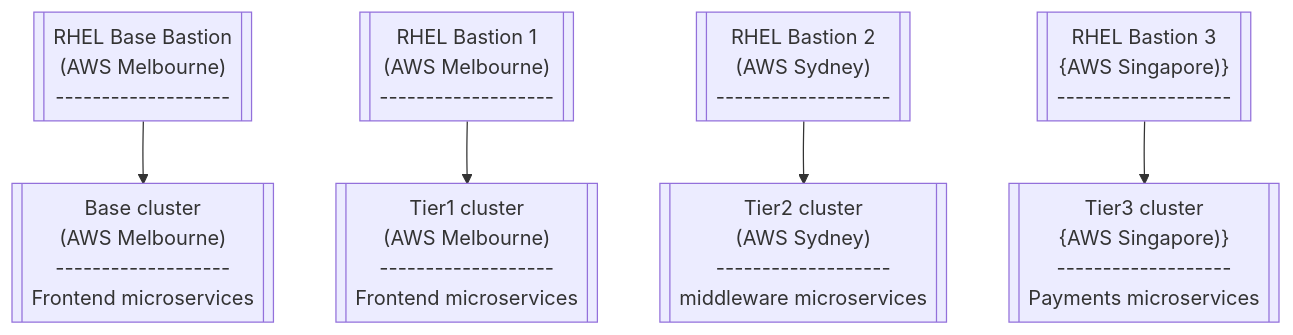
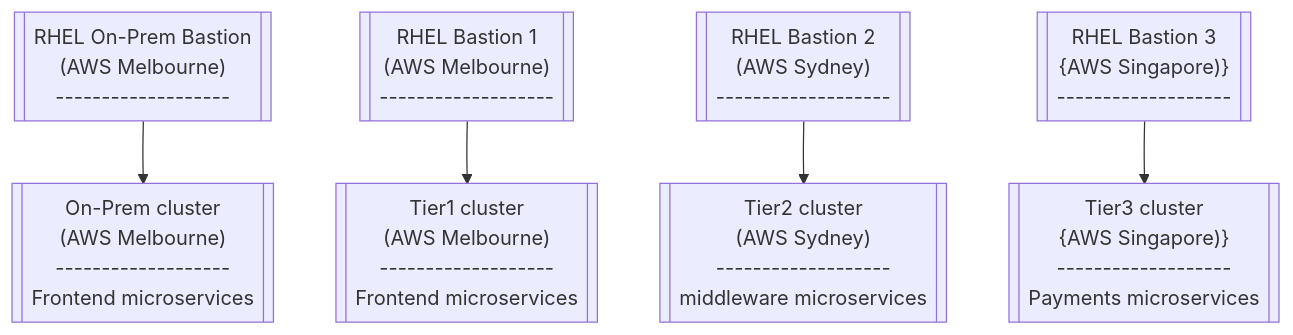
One commit to Multi-Cluster/RHSI-Hackathon changed the third of 3 diagrams in README.md. Above: the diagram before and after it, drawn with Mermaid. The commit also changed other lines of this file and 1 other file, not shown here.

````diff
--- a/README.md
+++ b/README.md
@@ -105,46 +74,46 @@
 ```mermaid  %%{init: {"flowchart": {"htmlLabels": false}} }%%
   flowchart
 
-      A[["Base cluster 
+      A[["On-Prem cluster 
       (AWS Melbourne)
         -------------------
         Frontend microservices"]]
 
       B[["Tier1 cluster 
       (AWS Melbourne)
         -------------------
         Frontend microservices"]]
 
       C[["Tier2 cluster  
       (AWS Sydney)
         -------------------
         middleware microservices"]]
 
       D[["Tier3 cluster  
       {AWS Singapore)}
         -------------------
         Payments microservices"]]
 
 
-      E[["RHEL Base Bastion 
+      E[["RHEL On-Prem Bastion 
       (AWS Melbourne)
         -------------------"]]
 
       F[["RHEL Bastion 1 
       (AWS Melbourne)
         -------------------"]]
 
       G[["RHEL Bastion 2 
       (AWS Sydney)
         -------------------"]]
 
       H[["RHEL Bastion 3
       {AWS Singapore)}
         -------------------"]]
 
       E --> A
       F --> B
       G --> C
       H --> D
     
   ```
````
